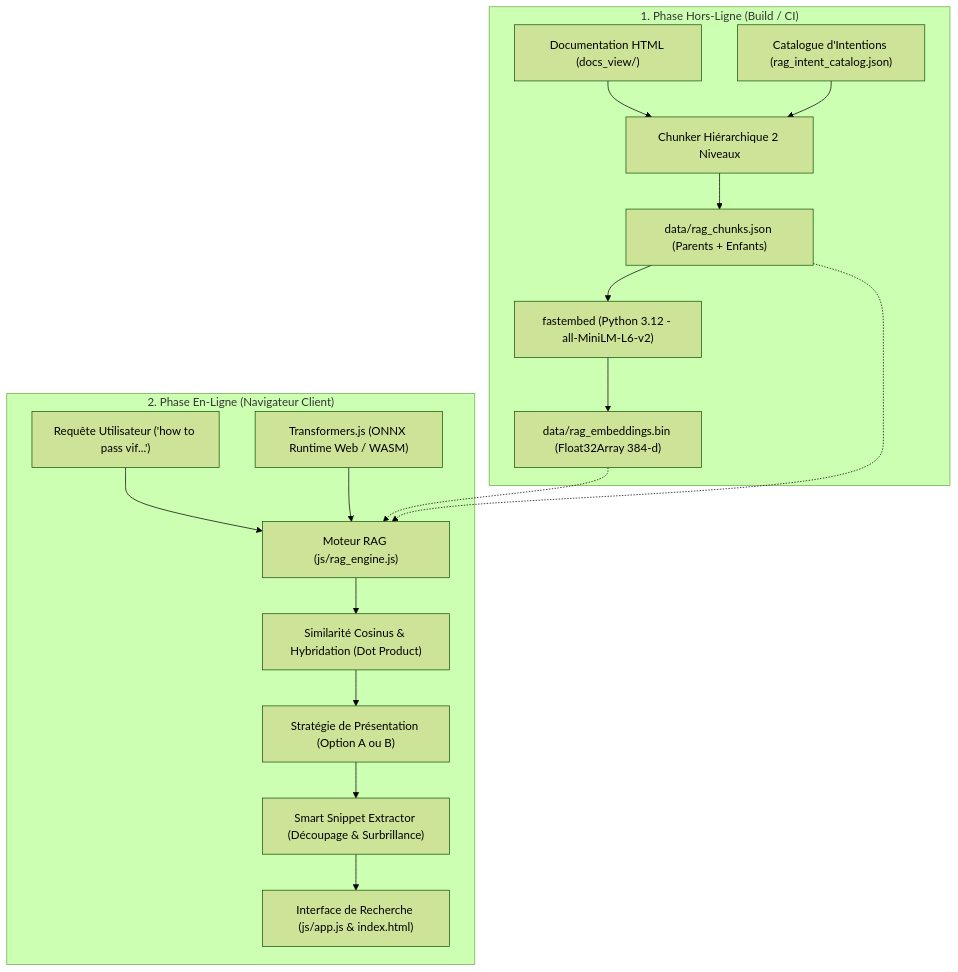
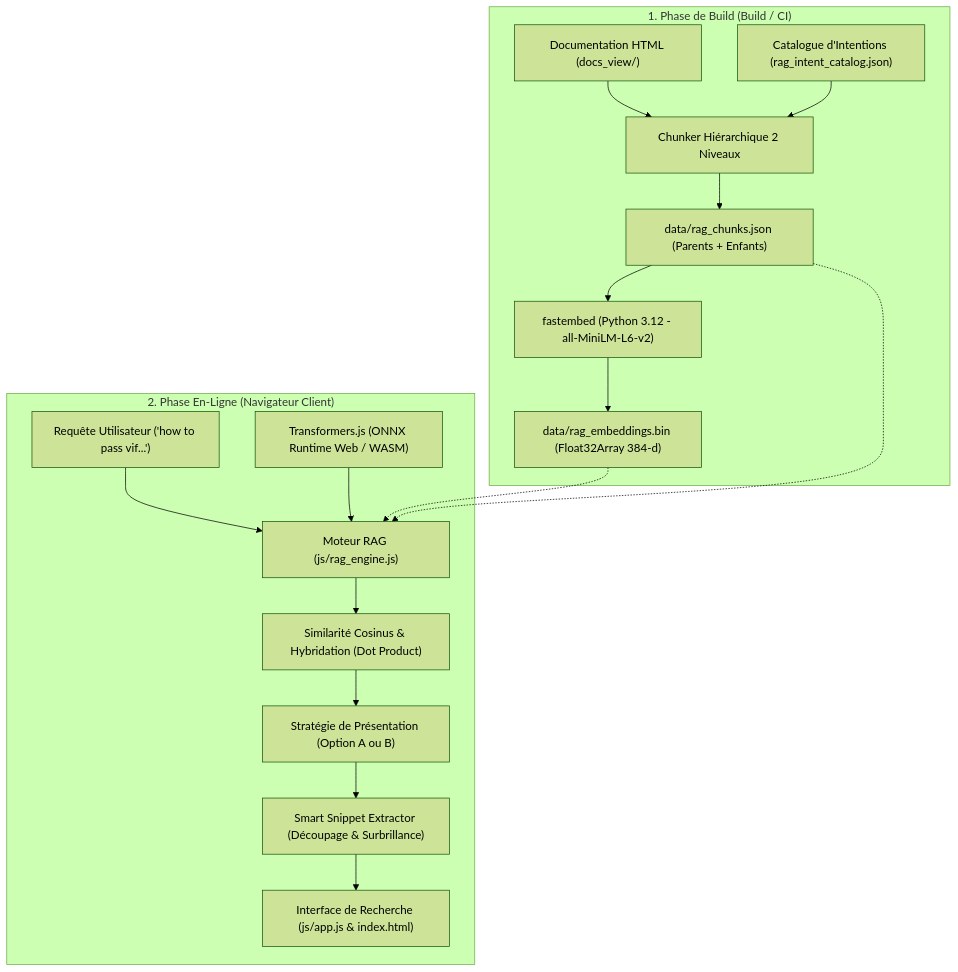
One commit to lf735/UVM_doc changed the first of 2 diagrams in RAG_SPECIFICATION.md. Above: the diagram before and after it, drawn with Mermaid (forest theme). The commit also changed other lines of this file and 17 other files, not shown here.

````diff
--- a/RAG_SPECIFICATION.md
+++ b/RAG_SPECIFICATION.md
@@ -31,21 +31,21 @@
 ```mermaid
 flowchart TD
-    subgraph BuildTime["1. Phase Hors-Ligne (Build / CI)"]
+    subgraph BuildTime["1. Phase de Build (Build / CI)"]
         HTML["Documentation HTML (docs_view/)"] --> Chunker["Chunker Hiérarchique 2 Niveaux"]
         Catalog["Catalogue d'Intentions (rag_intent_catalog.json)"] --> Chunker
         Chunker --> Chunks["data/rag_chunks.json (Parents + Enfants)"]
         Chunks --> FastEmbed["fastembed (Python 3.12 - all-MiniLM-L6-v2)"]
         FastEmbed --> VecBin["data/rag_embeddings.bin (Float32Array 384-d)"]
     end
 
     subgraph ClientBrowser["2. Phase En-Ligne (Navigateur Client)"]
         UserQuery["Requête Utilisateur ('how to pass vif...')"] --> Engine["Moteur RAG (js/rag_engine.js)"]
         Transformers["Transformers.js (ONNX Runtime Web / WASM)"] --> Engine
         VecBin -.-> Engine
         Chunks -.-> Engine
         Engine --> CosineSim["Similarité Cosinus & Hybridation (Dot Product)"]
         CosineSim --> Grouping["Stratégie de Présentation (Option A ou B)"]
         Grouping --> SnippetExt["Smart Snippet Extractor (Découpage & Surbrillance)"]
         SnippetExt --> UI["Interface de Recherche (js/app.js & index.html)"]
     end
 ```
````
